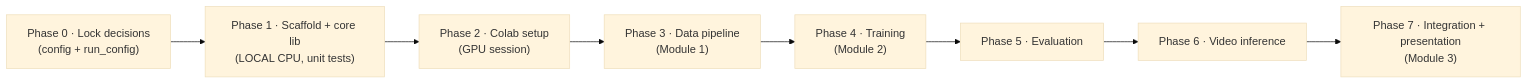
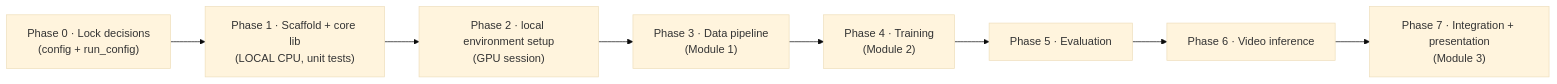
The diagram in docs/implementation.md (prathmeshchorghade-mits/Spatio-Temporal-Anomaly-Detection-in-Surveillance-Videos-Using-3D-CNNs), drawn with Mermaid (base theme) before and after one commit. The commit also changed other lines of this file and 8 other files, not shown here.

Commit message:
Update documentation for local training instead of Google Colab

````diff
--- a/docs/implementation.md
+++ b/docs/implementation.md
@@ -200,11 +200,11 @@
 ```mermaid
 flowchart LR
   P0["Phase 0 · Lock decisions<br/>(config + run_config)"] --> P1
   P1["Phase 1 · Scaffold + core lib<br/>(LOCAL CPU, unit tests)"] --> P2
-  P2["Phase 2 · Colab setup<br/>(GPU session)"] --> P3
+  P2["Phase 2 · local environment setup<br/>(GPU session)"] --> P3
   P3["Phase 3 · Data pipeline<br/>(Module 1)"] --> P4
   P4["Phase 4 · Training<br/>(Module 2)"] --> P5
   P5["Phase 5 · Evaluation"] --> P6
   P6["Phase 6 · Video inference"] --> P7
   P7["Phase 7 · Integration + presentation<br/>(Module 3)"]
 ```
````
